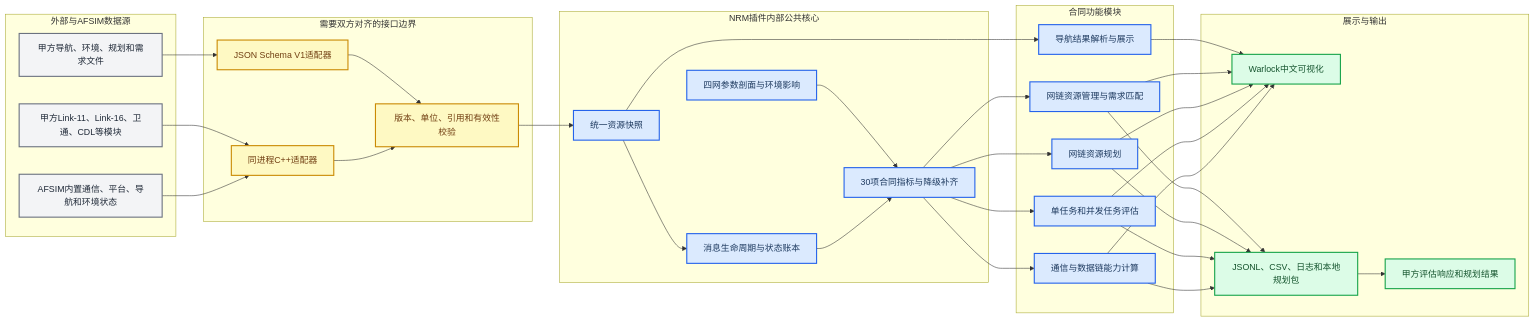
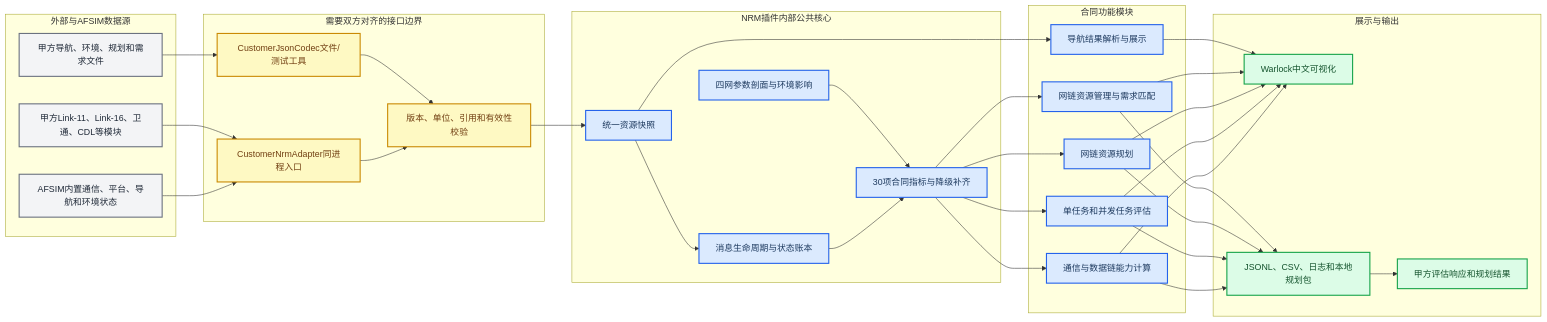
One commit to violetnozomi/afsim changed the first of 3 diagrams in docs/当前系统架构与甲方接口边界说明.md. Above: the diagram before and after it, drawn with Mermaid. The commit also changed other lines of this file and 97 other files, not shown here.

Commit message:
feat: close in-process NRM architecture

````diff
--- a/docs/当前系统架构与甲方接口边界说明.md
+++ b/docs/当前系统架构与甲方接口边界说明.md
@@ -24,73 +24,73 @@
 ```mermaid
 flowchart LR
     accTitle: AFSIM网络资源管理器总体架构
     accDescr: 甲方AFSIM模块或内置AFSIM事件经适配层进入统一数据核心，再由合同功能服务计算并输出到Warlock界面、JSON报告或甲方模块。
 
     subgraph data_sources ["外部与AFSIM数据源"]
         afsim_runtime["AFSIM内置通信、平台、导航和环境状态"]
         customer_modules["甲方Link-11、Link-16、卫通、CDL等模块"]
         customer_files["甲方导航、环境、规划和需求文件"]
     end
 
     subgraph boundary ["需要双方对齐的接口边界"]
-        cpp_adapter["同进程C++适配器"]
-        json_adapter["JSON Schema V1适配器"]
+        cpp_adapter["CustomerNrmAdapter同进程入口"]
+        json_adapter["CustomerJsonCodec文件/测试工具"]
         validation["版本、单位、引用和有效性校验"]
     end
 
     subgraph plugin_core ["NRM插件内部公共核心"]
         snapshot["统一资源快照"]
         evidence["消息生命周期与状态账本"]
         metrics["30项合同指标与降级补齐"]
         profiles["四网参数剖面与环境影响"]
     end
 
     subgraph contract_services ["合同功能模块"]
         capability["通信与数据链能力计算"]
         assessment["单任务和并发任务评估"]
         planning["网链资源规划"]
         management["网链资源管理与需求匹配"]
         navigation["导航结果解析与展示"]
     end
 
     subgraph outputs ["展示与输出"]
         warlock["Warlock中文可视化"]
         reports["JSONL、CSV、日志和本地规划包"]
         customer_output["甲方评估响应和规划结果"]
     end
 
     afsim_runtime --> cpp_adapter
     customer_modules --> cpp_adapter
     customer_files --> json_adapter
     cpp_adapter --> validation
     json_adapter --> validation
     validation --> snapshot
     snapshot --> evidence
     evidence --> metrics
     profiles --> metrics
     metrics --> capability
     metrics --> assessment
     metrics --> planning
     metrics --> management
     snapshot --> navigation
     capability --> warlock
     assessment --> warlock
     planning --> warlock
     management --> warlock
     navigation --> warlock
     capability --> reports
     assessment --> reports
     planning --> reports
     management --> reports
     reports --> customer_output
 
     classDef source fill:#f3f4f6,stroke:#6b7280,stroke-width:2px,color:#1f2937
     classDef interface fill:#fef9c3,stroke:#ca8a04,stroke-width:2px,color:#713f12
     classDef core fill:#dbeafe,stroke:#2563eb,stroke-width:2px,color:#1e3a5f
     classDef output fill:#dcfce7,stroke:#16a34a,stroke-width:2px,color:#14532d
 
     class afsim_runtime,customer_modules,customer_files source
     class cpp_adapter,json_adapter,validation interface
     class snapshot,evidence,metrics,profiles,capability,assessment,planning,management,navigation core
     class warlock,reports,customer_output output
 ```
````
